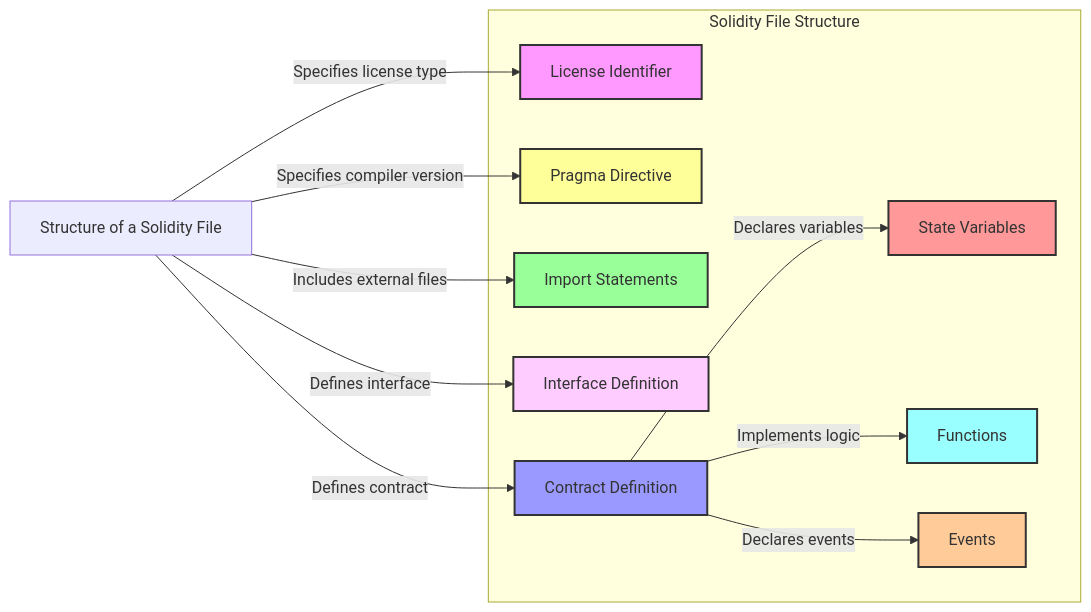
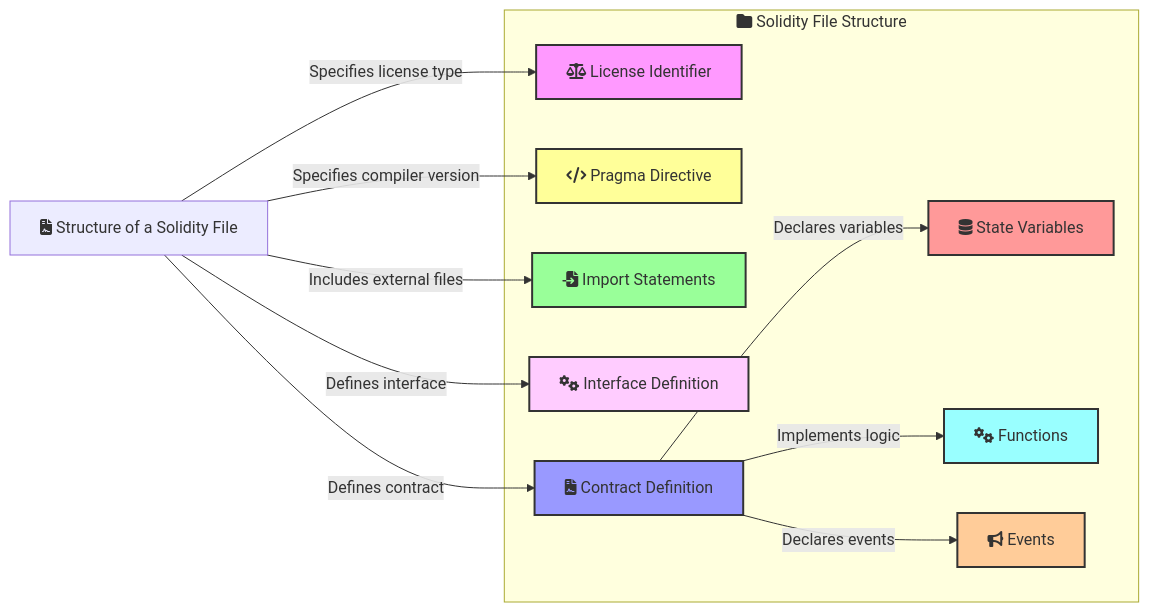
Before and after one commit to kelvin-bz/blog: the first of 33 diagrams in _posts/2024-07-09-introduction-to-solidity.md, drawn with Mermaid. The commit also changed other lines of this file, not shown here.

````diff
--- a/_posts/2024-07-09-introduction-to-solidity.md
+++ b/_posts/2024-07-09-introduction-to-solidity.md
@@ -16,43 +16,43 @@
 ```mermaid
 graph LR
     classDef license fill:#f9f,stroke:#333,stroke-width:2px;
     classDef pragma fill:#ff9,stroke:#333,stroke-width:2px;
     classDef import fill:#9f9,stroke:#333,stroke-width:2px;
     classDef contract fill:#99f,stroke:#333,stroke-width:2px;
     classDef interface fill:#fcf,stroke:#333,stroke-width:2px;
     classDef state fill:#f99,stroke:#333,stroke-width:2px;
     classDef function fill:#9ff,stroke:#333,stroke-width:2px;
     classDef event fill:#fc9,stroke:#333,stroke-width:2px;
 
-    solidityFile["Structure of a Solidity File"]
-    licenseIdentifier["License Identifier"]:::license
-    pragmaDirective["Pragma Directive"]:::pragma
-    importStatements["Import Statements"]:::import
-    interfaceDefinition["Interface Definition"]:::interface
-    contractDefinition["Contract Definition"]:::contract
-    stateVariables["State Variables"]:::state
-    functions["Functions"]:::function
-    events["Events"]:::event
+    solidityFile["fa:fa-file-contract Structure of a Solidity File"]
+    licenseIdentifier["fa:fa-balance-scale License Identifier"]:::license
+    pragmaDirective["fa:fa-code Pragma Directive"]:::pragma
+    importStatements["fa:fa-file-import Import Statements"]:::import
+    interfaceDefinition["fa:fa-cogs Interface Definition"]:::interface
+    contractDefinition["fa:fa-file-contract Contract Definition"]:::contract
+    stateVariables["fa:fa-database State Variables"]:::state
+    functions["fa:fa-cogs Functions"]:::function
+    events["fa:fa-bullhorn Events"]:::event
 
     solidityFile -->|Specifies license type| licenseIdentifier
     solidityFile -->|Specifies compiler version| pragmaDirective
     solidityFile -->|Includes external files| importStatements
     solidityFile -->|Defines interface| interfaceDefinition
     solidityFile -->|Defines contract| contractDefinition
     contractDefinition -->|Declares variables| stateVariables
     contractDefinition -->|Implements logic| functions
     contractDefinition -->|Declares events| events
 
-    subgraph fileStructure["Solidity File Structure"]
+    subgraph fileStructure["fa:fa-folder Solidity File Structure"]
         licenseIdentifier
         pragmaDirective
         importStatements
         interfaceDefinition
         contractDefinition
         stateVariables
         functions
         events
     end
 
 
 ```
````
